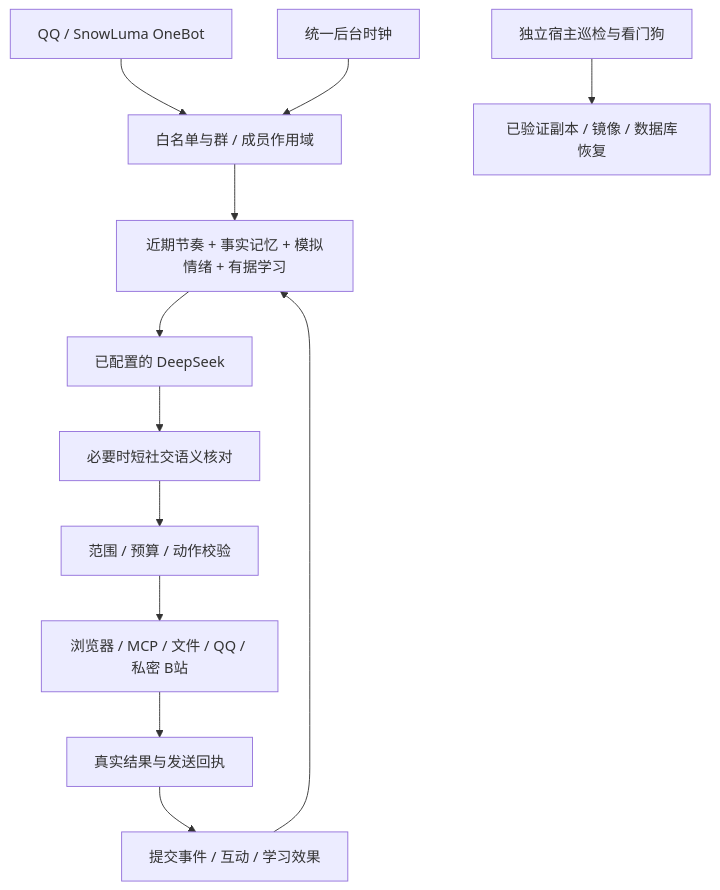
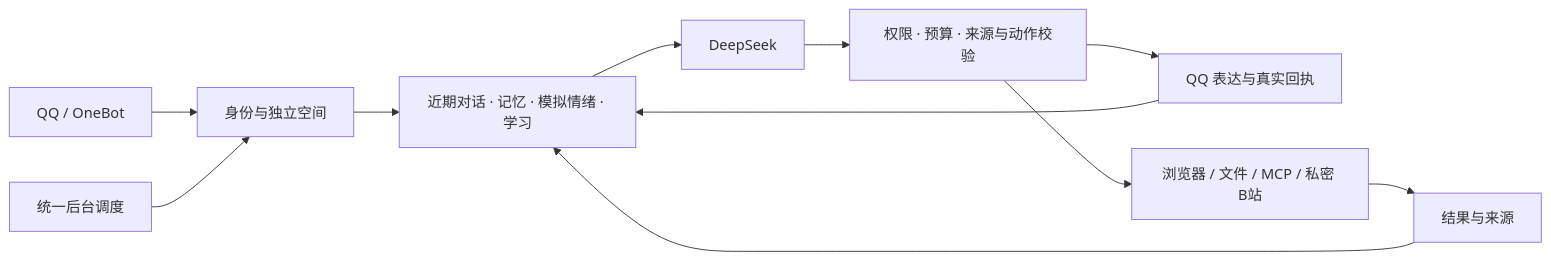
The diagram in README.md (RC-9246/p1-companion), drawn with Mermaid before and after one commit. The commit also changed other lines of this file and 3 other files, not shown here.

````diff
--- a/README.md
+++ b/README.md
@@ -17,14 +43,13 @@
 ```mermaid
-flowchart TD
-    QQ[QQ / SnowLuma OneBot] --> Scope[白名单与群 / 成员作用域]
-    Scope --> Context[近期节奏 + 事实记忆 + 模拟情绪 + 有据学习]
-    Context --> Model[已配置的 DeepSeek]
-    Model --> Review[必要时短社交语义核对]
-    Review --> Gate[范围 / 预算 / 动作校验]
-    Gate --> Tools[浏览器 / MCP / 文件 / QQ / 私密 B站]
-    Tools --> Receipt[真实结果与发送回执]
-    Receipt --> Commit[提交事件 / 互动 / 学习效果]
-    Commit --> Context
-    Clock[统一后台时钟] --> Scope
-    Host[独立宿主巡检与看门狗] --> Recovery[已验证副本 / 镜像 / 数据库恢复]
+flowchart LR
+    QQ[QQ / OneBot] --> Scope[身份与独立空间]
+    Scope --> Context[近期对话 · 记忆 · 模拟情绪 · 学习]
+    Context --> Model[DeepSeek]
+    Model --> Gate[权限 · 预算 · 来源与动作校验]
+    Gate --> Reply[QQ 表达与真实回执]
+    Gate --> Tools[浏览器 / 文件 / MCP / 私密 B站]
+    Tools --> Result[结果与来源]
+    Result --> Context
+    Reply --> Context
+    Clock[统一后台调度] --> Scope
 ```
````
